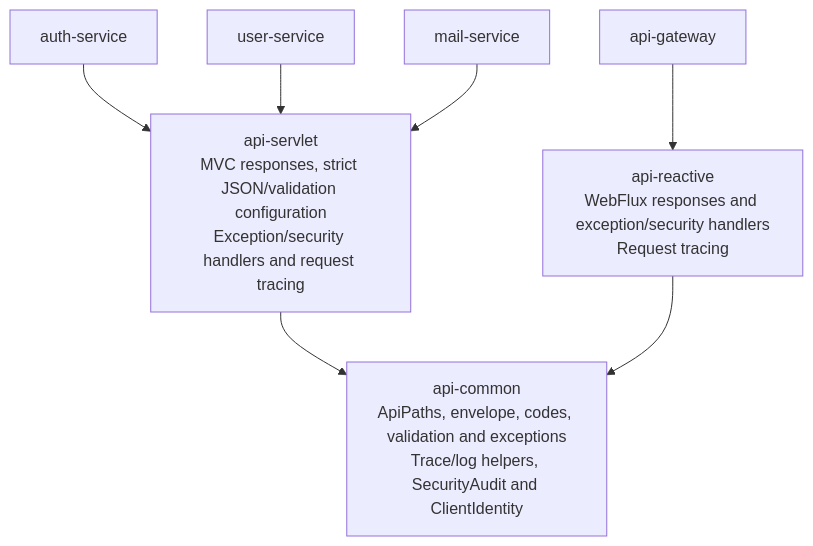
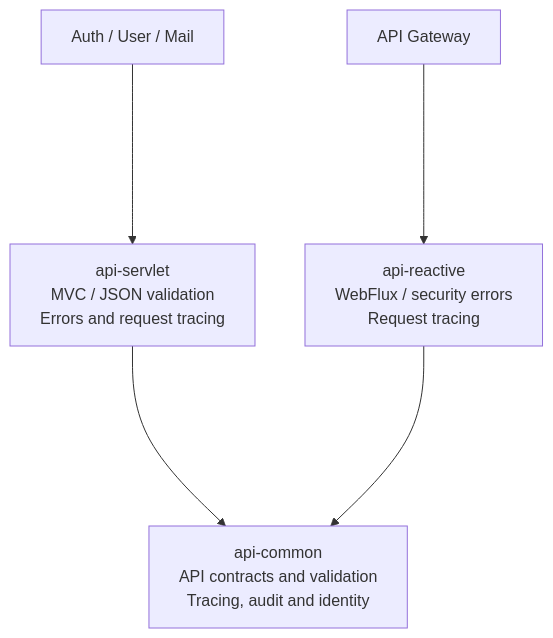
The fifth of 5 diagrams in README.md (Sanglm2207/hybrid-auth-platform), drawn with Mermaid before and after one commit. The commit also changed other lines of this file and 1 other file, not shown here.

Commit message:
docs: redraw system architecture with vertical diagrams

````diff
--- a/README.md
+++ b/README.md
@@ -124,9 +148,8 @@
 ```mermaid
+%%{init: {"flowchart": {"rankSpacing": 180}}}%%
 flowchart TB
-    auth["auth-service"] --> servlet["api-servlet<br/>MVC responses, strict JSON/validation configuration<br/>Exception/security handlers and request tracing"]
-    user["user-service"] --> servlet
-    mail["mail-service"] --> servlet
-    gateway["api-gateway"] --> reactive["api-reactive<br/>WebFlux responses and exception/security handlers<br/>Request tracing"]
-    servlet --> common["api-common<br/>ApiPaths, envelope, codes, validation and exceptions<br/>Trace/log helpers, SecurityAudit and ClientIdentity"]
+    mvc["Auth / User / Mail"] --> servlet["api-servlet<br/>MVC / JSON validation<br/>Errors and request tracing"]
+    gateway["API Gateway"] --> reactive["api-reactive<br/>WebFlux / security errors<br/>Request tracing"]
+    servlet --> common["api-common<br/>API contracts and validation<br/>Tracing, audit and identity"]
     reactive --> common
 ```
````
